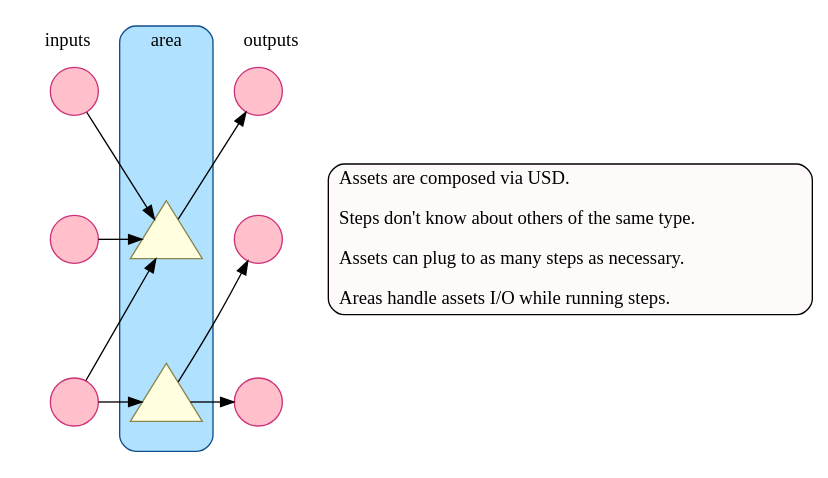
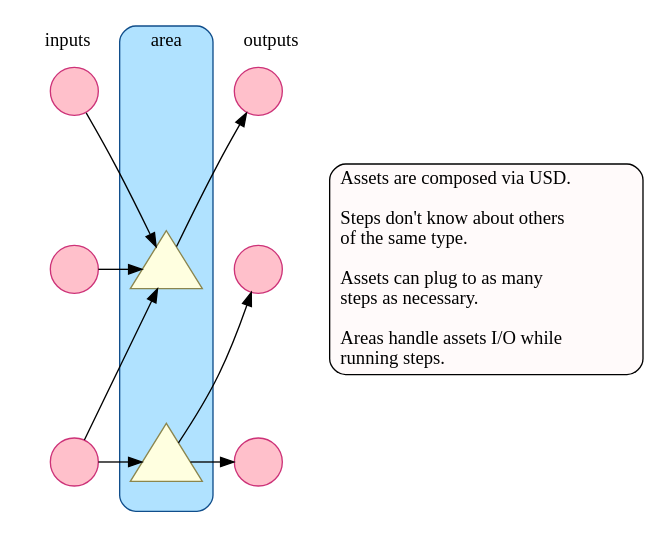
One commit to thegrill/grill changed the diagram in docs/source/area_overview.dot. Above: the diagram before and after it, drawn with Graphviz.

Commit message:
shorter msg

```diff
--- a/docs/source/area_overview.dot
+++ b/docs/source/area_overview.dot
@@ -1,37 +1,37 @@
 digraph area_overview {
     bgcolor=invis
     newrank=true
     subgraph cluster_inputs {
         label=inputs
         color=invis
         node [shape=circle label="" fillcolor=pink style=filled color=violetred3] input_asset1 input_asset2 input_asset3
         input_asset1 -> input_asset2 -> input_asset3 [style=invis]
     }
     subgraph cluster_area {
         style="filled,rounded"
         label=area
         fillcolor=lightskyblue1 color=dodgerblue4
         sentinel [style=invis label=""]
         node [shape=triangle label="" fillcolor=lightyellow style=filled color=khaki4 height=.8] step2 step3
         sentinel -> step2 -> step3 [style=invis]
     }
     subgraph cluster_outputs {
         label=outputs
         color=invis
         node [shape=circle label="" fillcolor=pink style=filled color=violetred3] output_asset1 output_asset2 output_asset3
         output_asset1 -> output_asset2 -> output_asset3 [style=invis]
     }
     {input_asset1 input_asset2 input_asset3} -> step2
     input_asset3 -> step3
     step2 -> output_asset1
     step3 -> {output_asset2 output_asset3}
     {rank=same input_asset1 sentinel output_asset1}
     {rank=same input_asset2 step2 output_asset2}
     {rank=same input_asset3 step3 output_asset3}
     description [shape=record style="rounded,filled" fillcolor=snow label="
         Assets are composed via USD.\l
-        \lSteps don't know about others of the same type.\l
-        \lAssets can plug to as many steps as necessary.\l
-        \lAreas handle assets I/O while running steps.\l"]
+        \lSteps don't know about others\lof the same type.\l
+        \lAssets can plug to as many\lsteps as necessary.\l
+        \lAreas handle assets I/O while\lrunning steps.\l"]
     {rank=same input_asset2 step2 output_asset2 description}
 }
```
